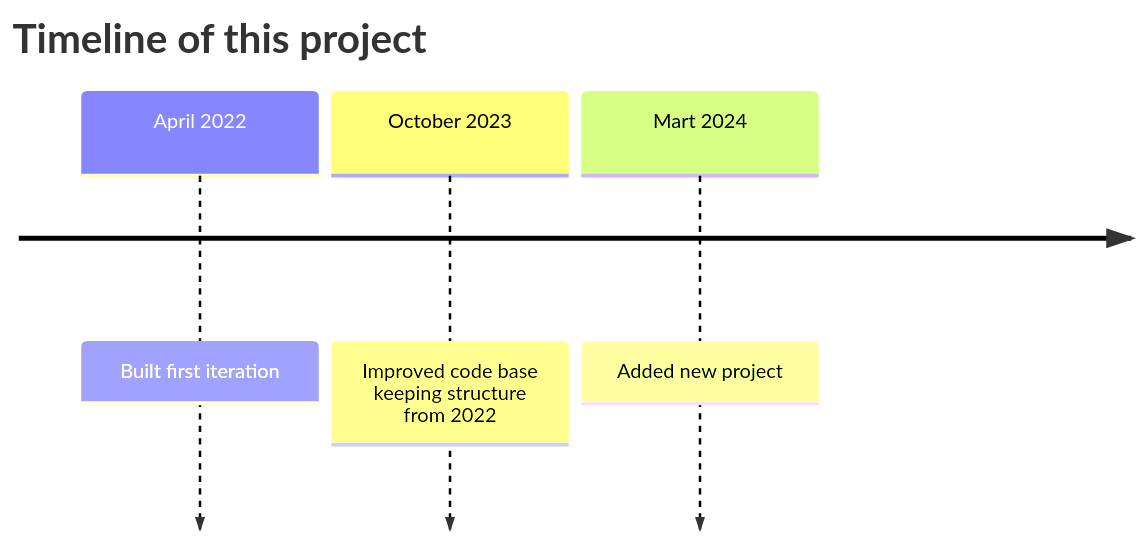
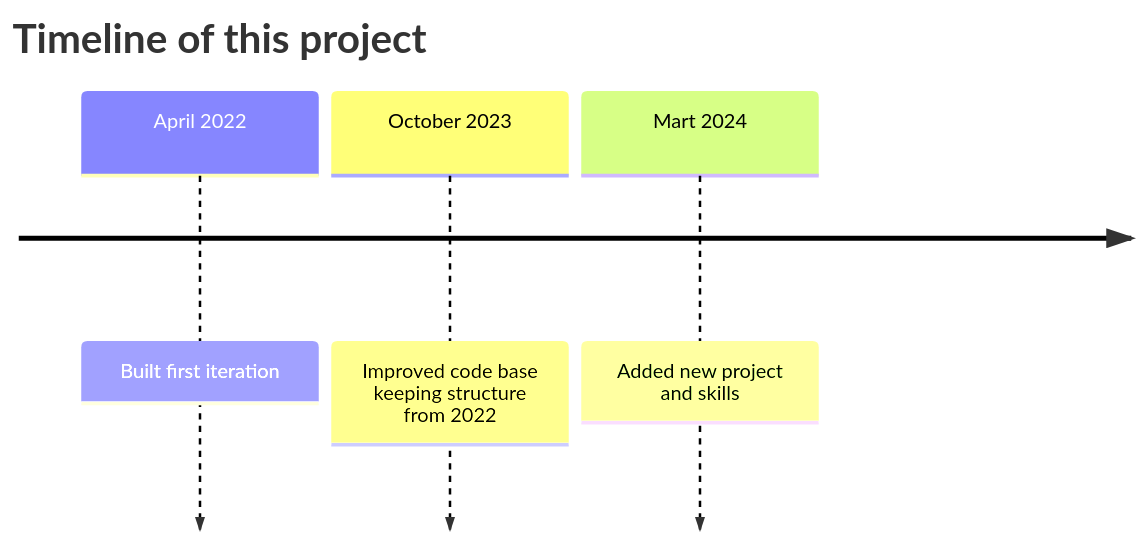
The diagram in README.md (RinalinDS/portfolio), drawn with Mermaid before and after one commit.

````diff
--- a/README.md
+++ b/README.md
@@ -3,8 +3,8 @@
 ```mermaid
 timeline
     title Timeline of this project
     April 2022 : Built first iteration
     October 2023 : Improved code base keeping structure from 2022
-    Mart 2024 : Added new project
+    Mart 2024 : Added new project and skills
 
 ```
````
